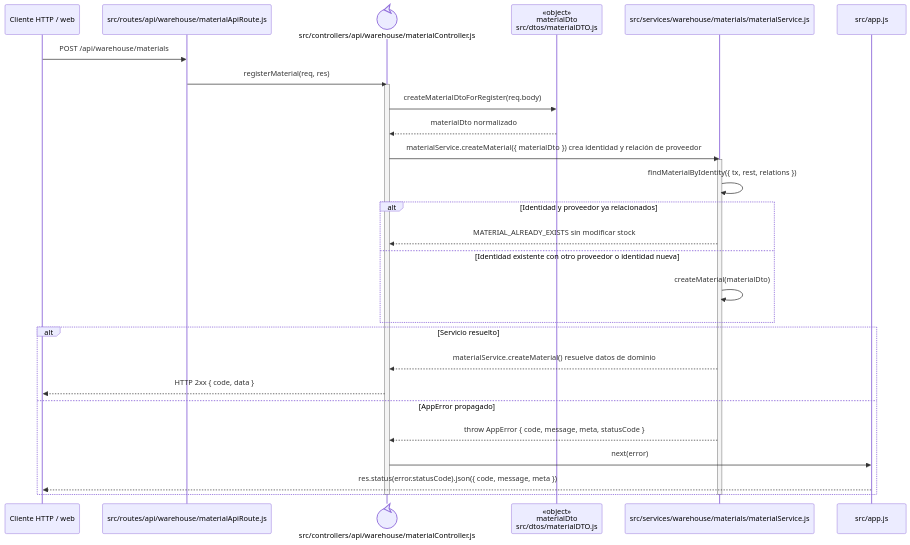
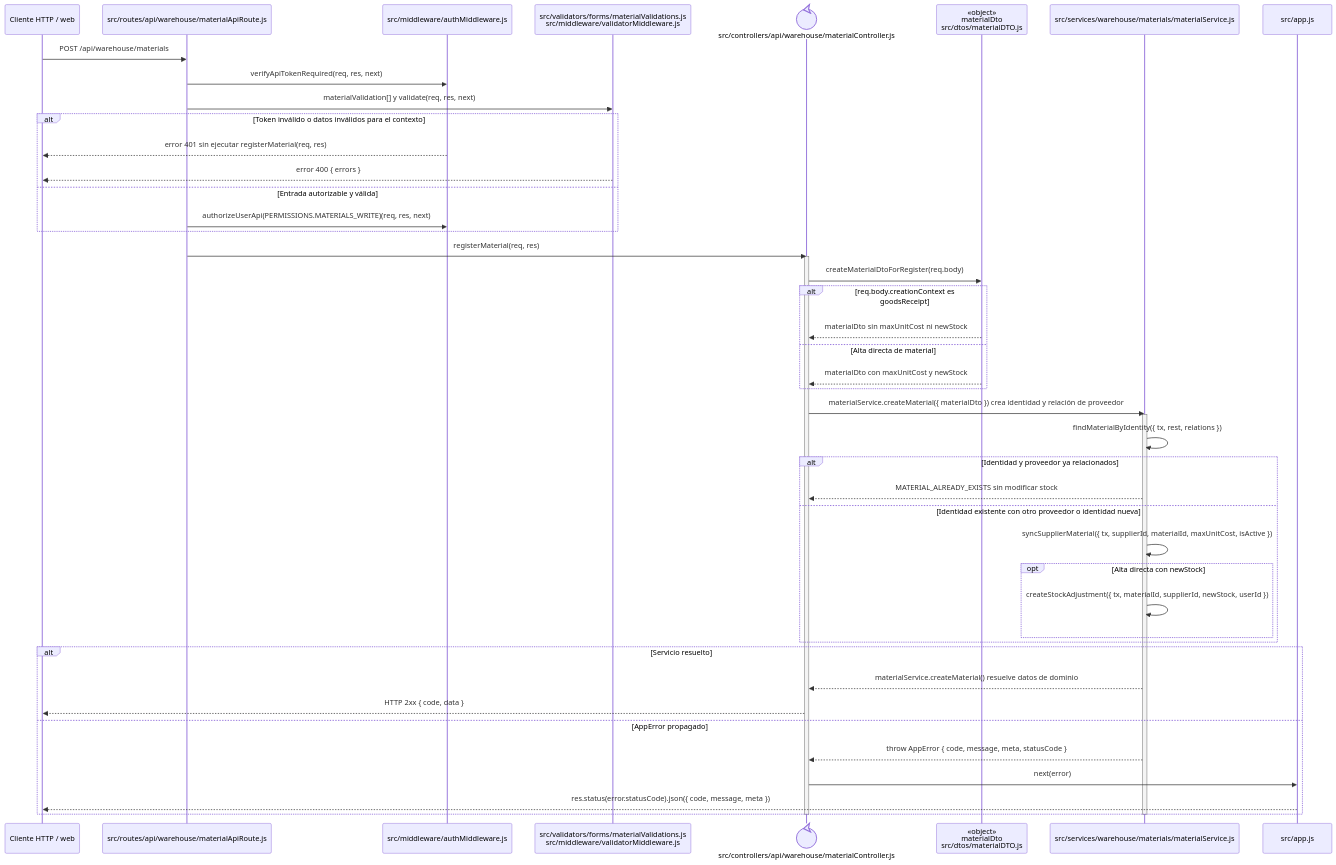
Before and after one commit to gpgsistemas01/nexus: the diagram in docs/architecture/backend-code-sequences/catalogs/cu-alm-02.md, drawn with Mermaid. The commit also changed other lines of this file and 16 other files, not shown here.

Commit message:
fix: adaptar alta de material desde compras

````diff
--- a/docs/architecture/backend-code-sequences/catalogs/cu-alm-02.md
+++ b/docs/architecture/backend-code-sequences/catalogs/cu-alm-02.md
@@ -6,33 +6,50 @@
 ```mermaid
 sequenceDiagram
     participant Client as Cliente HTTP / web
     participant Route as src/routes/api/warehouse/materialApiRoute.js
+    participant Auth as src/middleware/authMiddleware.js
+    participant Validator as src/validators/forms/materialValidations.js<br/>src/middleware/validatorMiddleware.js
     participant Controller@{ "type": "control" } as src/controllers/api/warehouse/materialController.js
     participant MaterialDto as «object»<br/>materialDto<br/>src/dtos/materialDTO.js
     participant Domain as src/services/warehouse/materials/materialService.js
     participant ErrorHandler as src/app.js
 
     Client->>Route: POST /api/warehouse/materials
+    Route->>Auth: verifyApiTokenRequired(req, res, next)
+    Route->>Validator: materialValidation[] y validate(req, res, next)
+    alt Token inválido o datos inválidos para el contexto
+        Auth-->>Client: error 401 sin ejecutar registerMaterial(req, res)
+        Validator-->>Client: error 400 { errors }
+    else Entrada autorizable y válida
+        Route->>Auth: authorizeUserApi(PERMISSIONS.MATERIALS_WRITE)(req, res, next)
+    end
     Route->>Controller: registerMaterial(req, res)
     activate Controller
     Controller->>MaterialDto: createMaterialDtoForRegister(req.body)
-    MaterialDto-->>Controller: materialDto normalizado
+    alt req.body.creationContext es goodsReceipt
+        MaterialDto-->>Controller: materialDto sin maxUnitCost ni newStock
+    else Alta directa de material
+        MaterialDto-->>Controller: materialDto con maxUnitCost y newStock
+    end
     Controller->>Domain: materialService.createMaterial({ materialDto }) crea identidad y relación de proveedor
     activate Domain
     Domain->>Domain: findMaterialByIdentity({ tx, rest, relations })
     alt Identidad y proveedor ya relacionados
         Domain-->>Controller: MATERIAL_ALREADY_EXISTS sin modificar stock
     else Identidad existente con otro proveedor o identidad nueva
-        Domain->>Domain: createMaterial(materialDto)
+        Domain->>Domain: syncSupplierMaterial({ tx, supplierId, materialId, maxUnitCost, isActive })
+        opt Alta directa con newStock
+            Domain->>Domain: createStockAdjustment({ tx, materialId, supplierId, newStock, userId })
+        end
     end
     alt Servicio resuelto
         Domain-->>Controller: materialService.createMaterial() resuelve datos de dominio
         Controller-->>Client: HTTP 2xx { code, data }
     else AppError propagado
         Domain-->>Controller: throw AppError { code, message, meta, statusCode }
         Controller->>ErrorHandler: next(error)
         ErrorHandler-->>Client: res.status(error.statusCode).json({ code, message, meta })
     end
     deactivate Domain
     deactivate Controller
 ```
````
